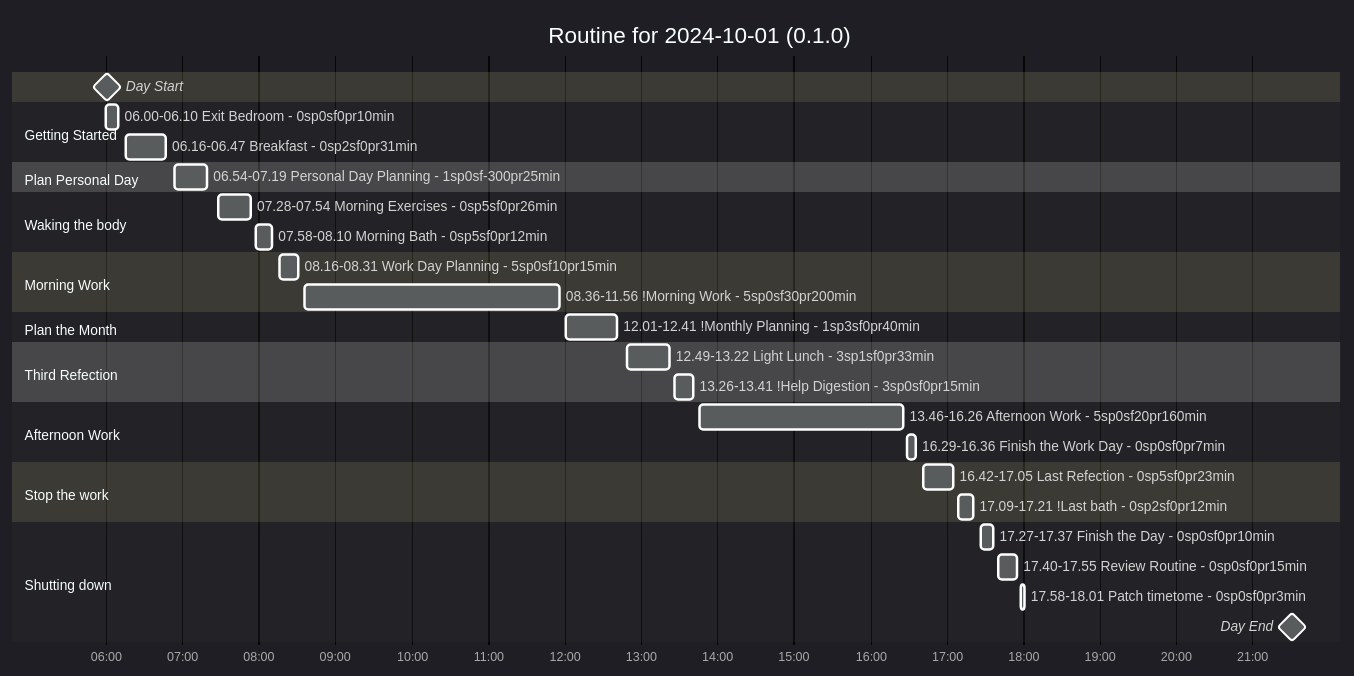
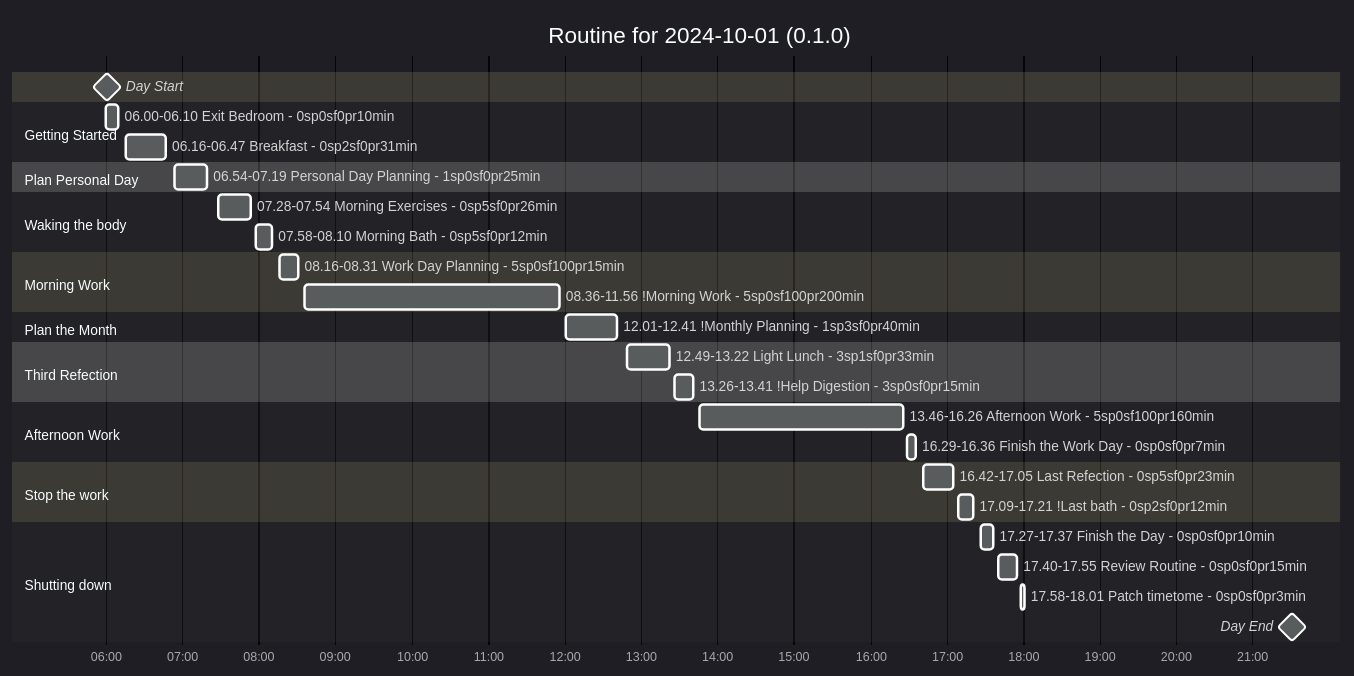
Before and after one commit to thisago/routineParser: the diagram in readme.org, drawn with Mermaid. The commit also changed other lines of this file and 2 other files, not shown here.

```diff
--- a/readme.org
+++ b/readme.org
@@ -189,46 +488,46 @@
-#+begin_src mermaid :file example.svg
+#+begin_src mermaid
 %%{init: { 'theme': 'dark' } }%%
 gantt
   title Routine for 2024-10-01 (0.1.0)
   dateFormat HH:mm
   axisFormat %H:%M
 
   Day Start : milestone, m1, 06:00, 2m
 
   section Getting Started
   06.00-06.10 Exit Bedroom - 0sp0sf0pr10min : 06:00, 10m
   06.16-06.47 Breakfast - 0sp2sf0pr31min : 06:16, 31m
 
   section Plan Personal Day
-  06.54-07.19 Personal Day Planning - 1sp0sf-300pr25min : 06:54, 25m
+  06.54-07.19 Personal Day Planning - 1sp0sf0pr25min : 06:54, 25m
 
   section Waking the body
   07.28-07.54 Morning Exercises - 0sp5sf0pr26min : 07:28, 26m
   07.58-08.10 Morning Bath - 0sp5sf0pr12min : 07:58, 12m
 
   section Morning Work
-  08.16-08.31 Work Day Planning - 5sp0sf10pr15min : 08:16, 15m
-  08.36-11.56 !Morning Work - 5sp0sf30pr200min : 08:36, 200m
+  08.16-08.31 Work Day Planning - 5sp0sf100pr15min : 08:16, 15m
+  08.36-11.56 !Morning Work - 5sp0sf100pr200min : 08:36, 200m
 
   section Plan the Month
   12.01-12.41 !Monthly Planning - 1sp3sf0pr40min : 12:01, 40m
 
   section Third Refection
   12.49-13.22 Light Lunch - 3sp1sf0pr33min : 12:49, 33m
   13.26-13.41 !Help Digestion - 3sp0sf0pr15min : 13:26, 15m
 
   section Afternoon Work
-  13.46-16.26 Afternoon Work - 5sp0sf20pr160min : 13:46, 160m
+  13.46-16.26 Afternoon Work - 5sp0sf100pr160min : 13:46, 160m
   16.29-16.36 Finish the Work Day - 0sp0sf0pr7min : 16:29, 7m
 
   section Stop the work
   16.42-17.05 Last Refection - 0sp5sf0pr23min : 16:42, 23m
   17.09-17.21 !Last bath - 0sp2sf0pr12min : 17:09, 12m
 
   section Shutting down
   17.27-17.37 Finish the Day - 0sp0sf0pr10min : 17:27, 10m
   17.40-17.55 Review Routine - 0sp0sf0pr15min : 17:40, 15m
   17.58-18.01 Patch timetome - 0sp0sf0pr3min : 17:58, 3m
 
   Day End : milestone, m2, 21:30, 2m
 #+end_src
```
